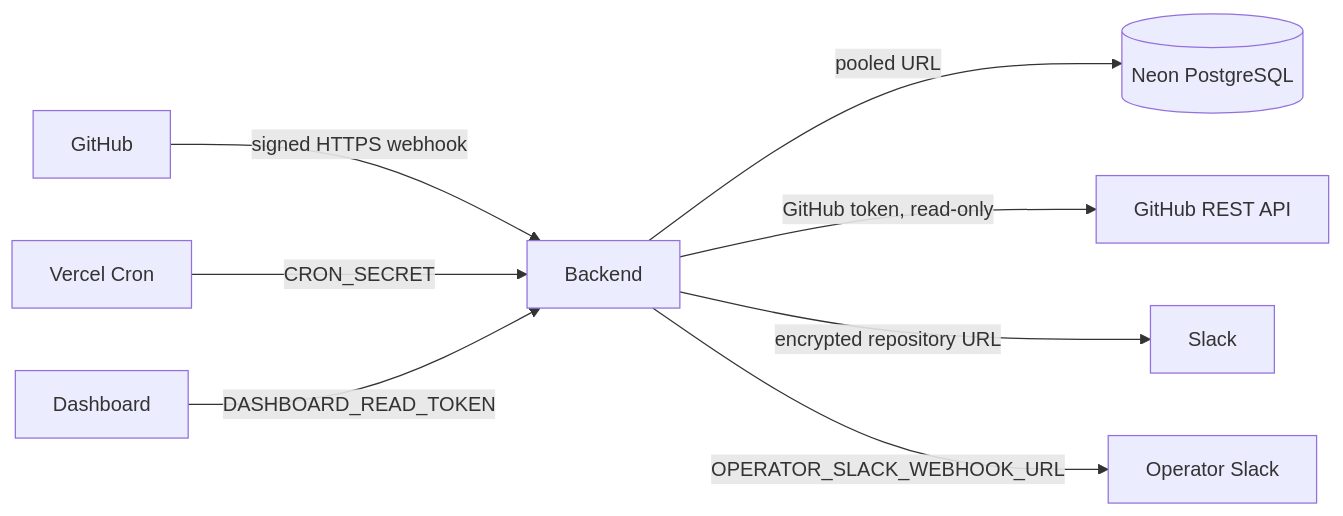
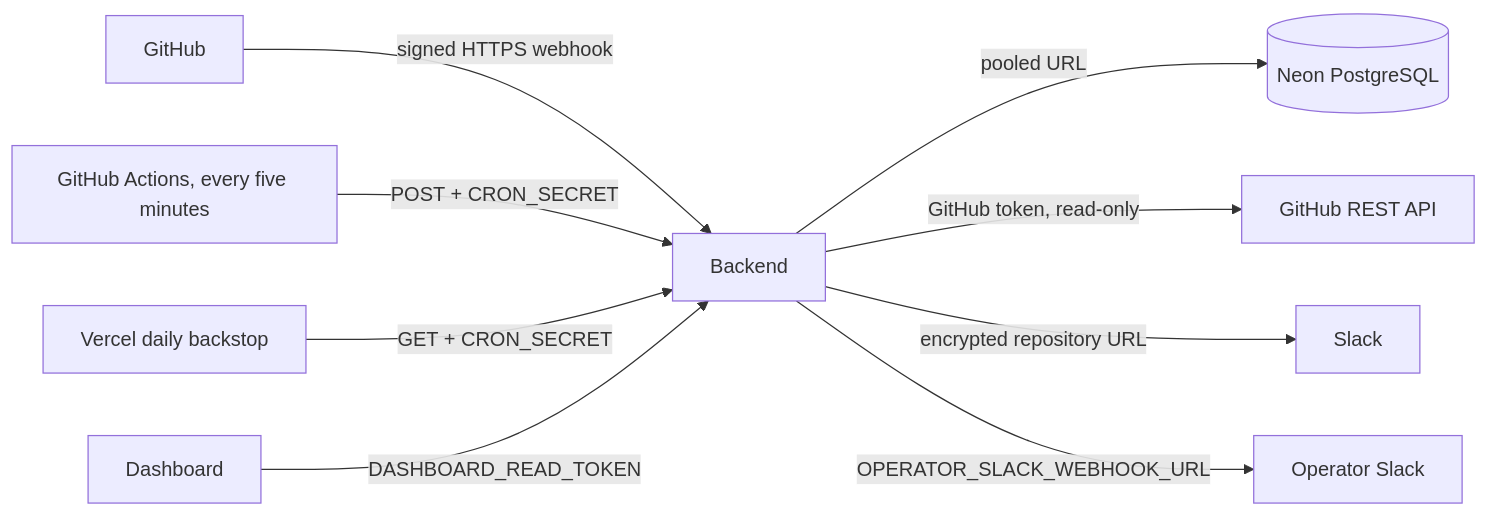
Before and after one commit to TechTonic001/Shipwatch: the diagram in docs/architecture.md, drawn with Mermaid. The commit also changed other lines of this file and 1 other file, not shown here.

Commit message:
fix: update CRON_SECRET description for clarity on Vercel and GitHub Actions authorization

````diff
--- a/docs/architecture.md
+++ b/docs/architecture.md
@@ -29,10 +29,11 @@
 ```mermaid
 flowchart LR
   GitHub -->|signed HTTPS webhook| Backend
-  Cron[Vercel Cron] -->|CRON_SECRET| Backend
+   Actions[GitHub Actions, every five minutes] -->|POST + CRON_SECRET| Backend
+   VercelCron[Vercel daily backstop] -->|GET + CRON_SECRET| Backend
   Dashboard -->|DASHBOARD_READ_TOKEN| Backend
   Backend -->|pooled URL| Neon[(Neon PostgreSQL)]
   Backend -->|GitHub token, read-only| GitHubAPI[GitHub REST API]
   Backend -->|encrypted repository URL| Slack
   Backend -->|OPERATOR_SLACK_WEBHOOK_URL| OperatorSlack[Operator Slack]
 ```
````
